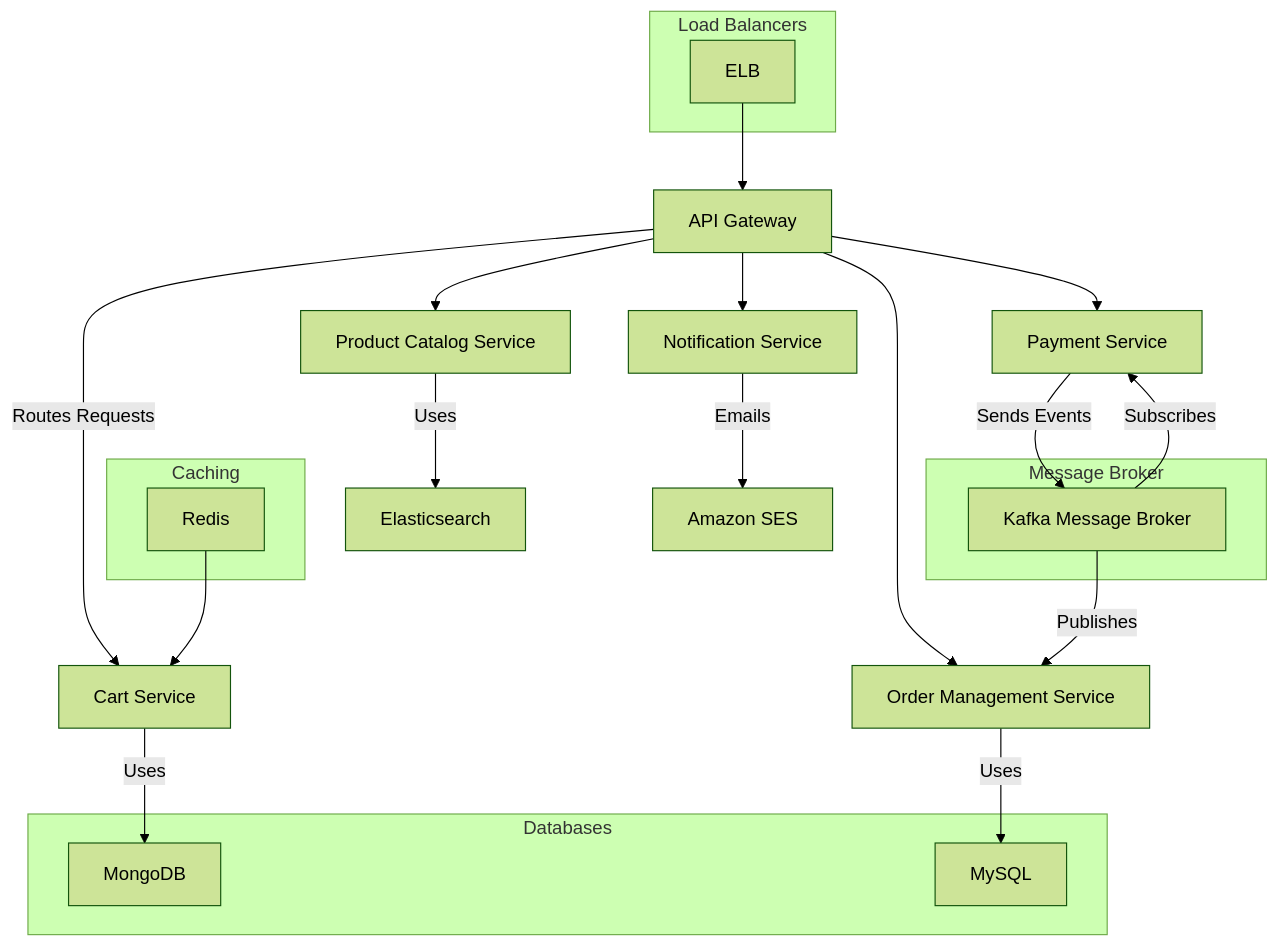
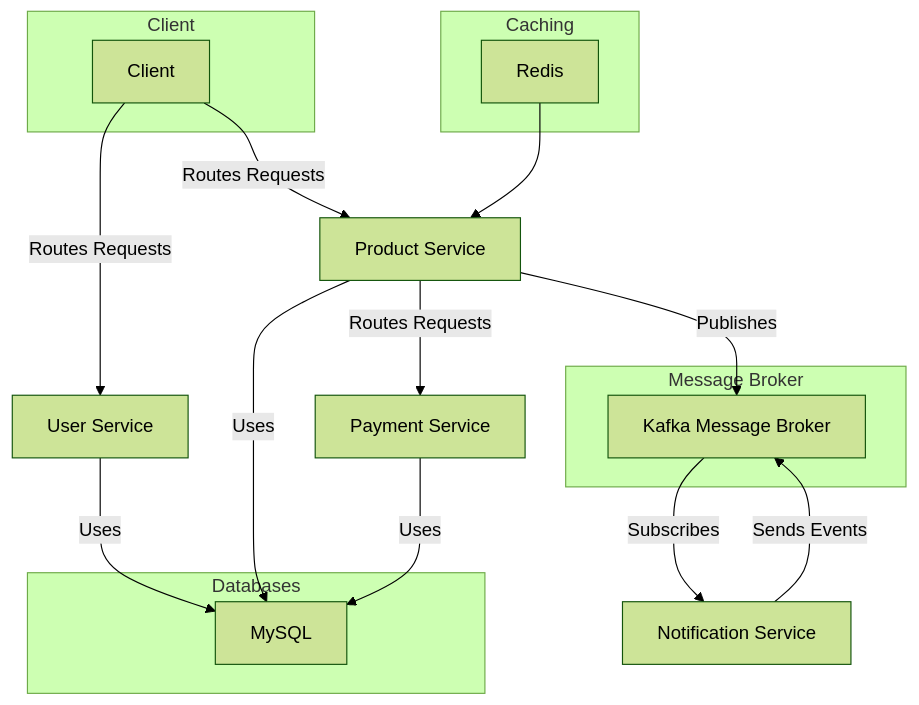
The diagram in SystemArchitecture/SystemArchitecture.mmd (goelvinay5/WoolfProjectDocumentation), drawn with Mermaid (forest theme) before and after one commit. The commit also changed 2 other files, not shown here.

```diff
--- a/SystemArchitecture/SystemArchitecture.mmd
+++ b/SystemArchitecture/SystemArchitecture.mmd
@@ -1,34 +1,28 @@
 graph TD;
-    A[API Gateway] -->|Routes Requests| B[Cart Service];
-    A --> C[Order Management Service];
-    A --> D[Product Catalog Service];
-    A --> E[Payment Service];
-    A --> F[Notification Service];
-    
-    B -->|Uses| G[MongoDB];
-    C -->|Uses| H[MySQL];
-    D -->|Uses| I[Elasticsearch];
-    E -->|Sends Events| J[Kafka Message Broker];
-    F -->|Emails| K[Amazon SES];
-
-    subgraph Load Balancers
-        L[ELB]
+    A[Client] --> |Routes Requests| B[User Service];    
+    A --> |Routes Requests| C[Product Service];    
+    C --> |Routes Requests| D[Payment Service];    
+    B -->|Uses| G[MySQL];
+    C -->|Uses| G;
+    D -->|Uses| G;
+    E[Notification Service] -->|Sends Events| J[Kafka Message Broker];
+        
+    subgraph Client
+        A
     end
-    L --> A;
 
     subgraph Caching
         M[Redis]
     end
-    M --> B;
+    M --> C;
 
-    subgraph Databases
-        H;
+    subgraph Databases        
         G;
     end
 
     subgraph Message Broker
         J;
     end
 
-    J -->|Publishes| C;
+    C -->|Publishes| J;
     J -->|Subscribes| E;
```
